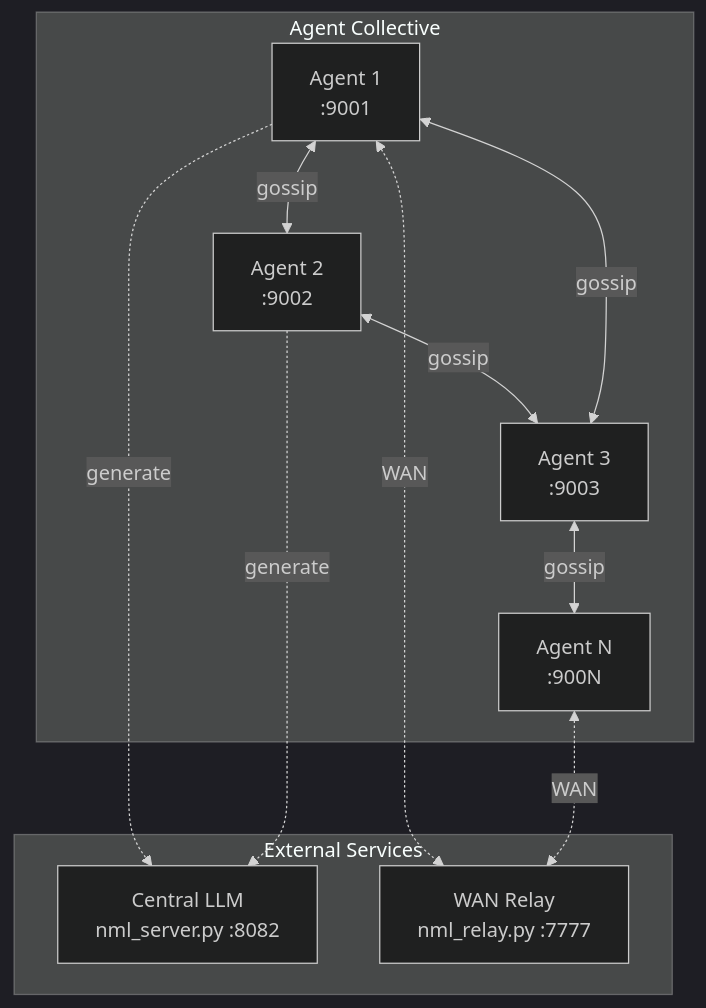
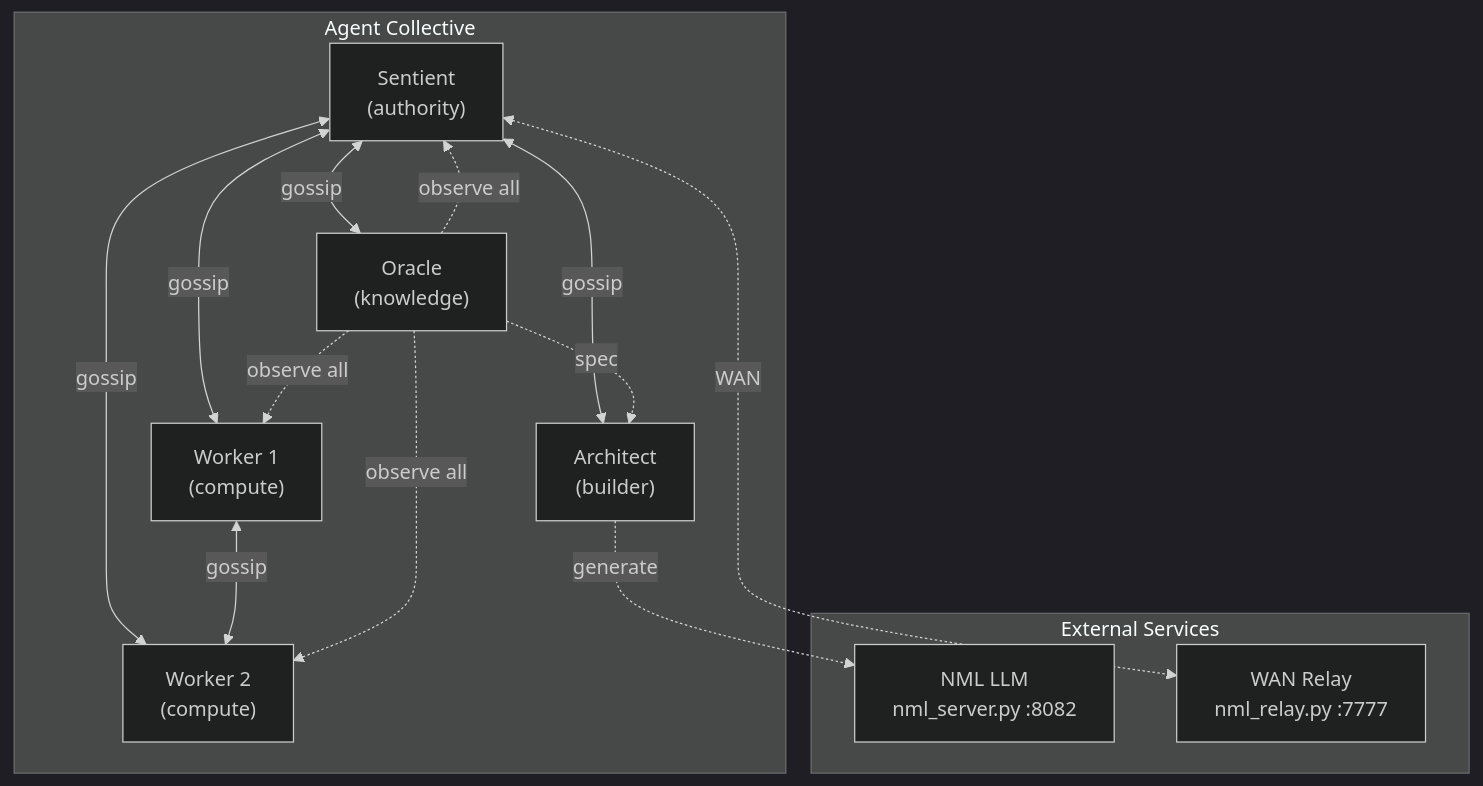
Before and after one commit to dnamaz/nml-collective: the first of 9 diagrams in docs/ARCHITECTURE.md, drawn with Mermaid (dark theme). The commit also changed other lines of this file and 15 other files, not shown here.

First line of the commit message:
Add Oracle and Architect roles, two-phase VOTE, rich data context, interactive dashboard

````diff
--- a/docs/ARCHITECTURE.md
+++ b/docs/ARCHITECTURE.md
@@ -7,21 +7,25 @@
 ```mermaid
 flowchart TB
     subgraph collective [Agent Collective]
-        A1["Agent 1\n:9001"]
-        A2["Agent 2\n:9002"]
-        A3["Agent 3\n:9003"]
-        AN["Agent N\n:900N"]
+        S["Sentient\n(authority)"]
+        W1["Worker 1\n(compute)"]
+        W2["Worker 2\n(compute)"]
+        O["Oracle\n(knowledge)"]
+        A["Architect\n(builder)"]
     end
     subgraph external [External Services]
-        llm["Central LLM\nnml_server.py :8082"]
+        nml_llm["NML LLM\nnml_server.py :8082"]
         relay_svc["WAN Relay\nnml_relay.py :7777"]
     end
-    A1 <-->|gossip| A2
-    A2 <-->|gossip| A3
-    A3 <-->|gossip| AN
-    A1 <-->|gossip| A3
-    A1 -.->|generate| llm
-    A2 -.->|generate| llm
-    A1 <-.->|WAN| relay_svc
-    AN <-.->|WAN| relay_svc
+    S <-->|gossip| W1
+    S <-->|gossip| W2
+    S <-->|gossip| O
+    S <-->|gossip| A
+    W1 <-->|gossip| W2
+    O -.->|observe all| S
+    O -.->|observe all| W1
+    O -.->|observe all| W2
+    O -.->|spec| A
+    A -.->|generate| nml_llm
+    S <-.->|WAN| relay_svc
 ```
````
